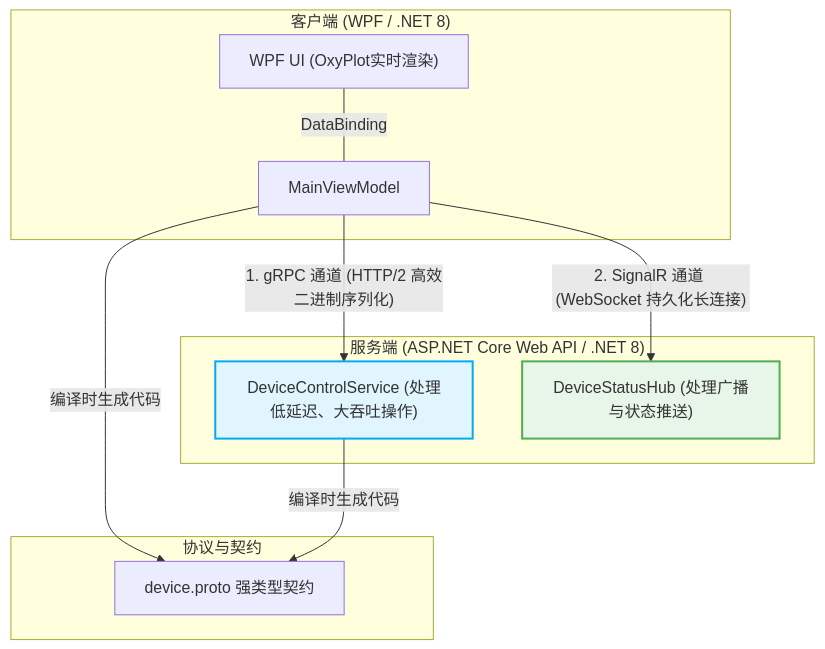
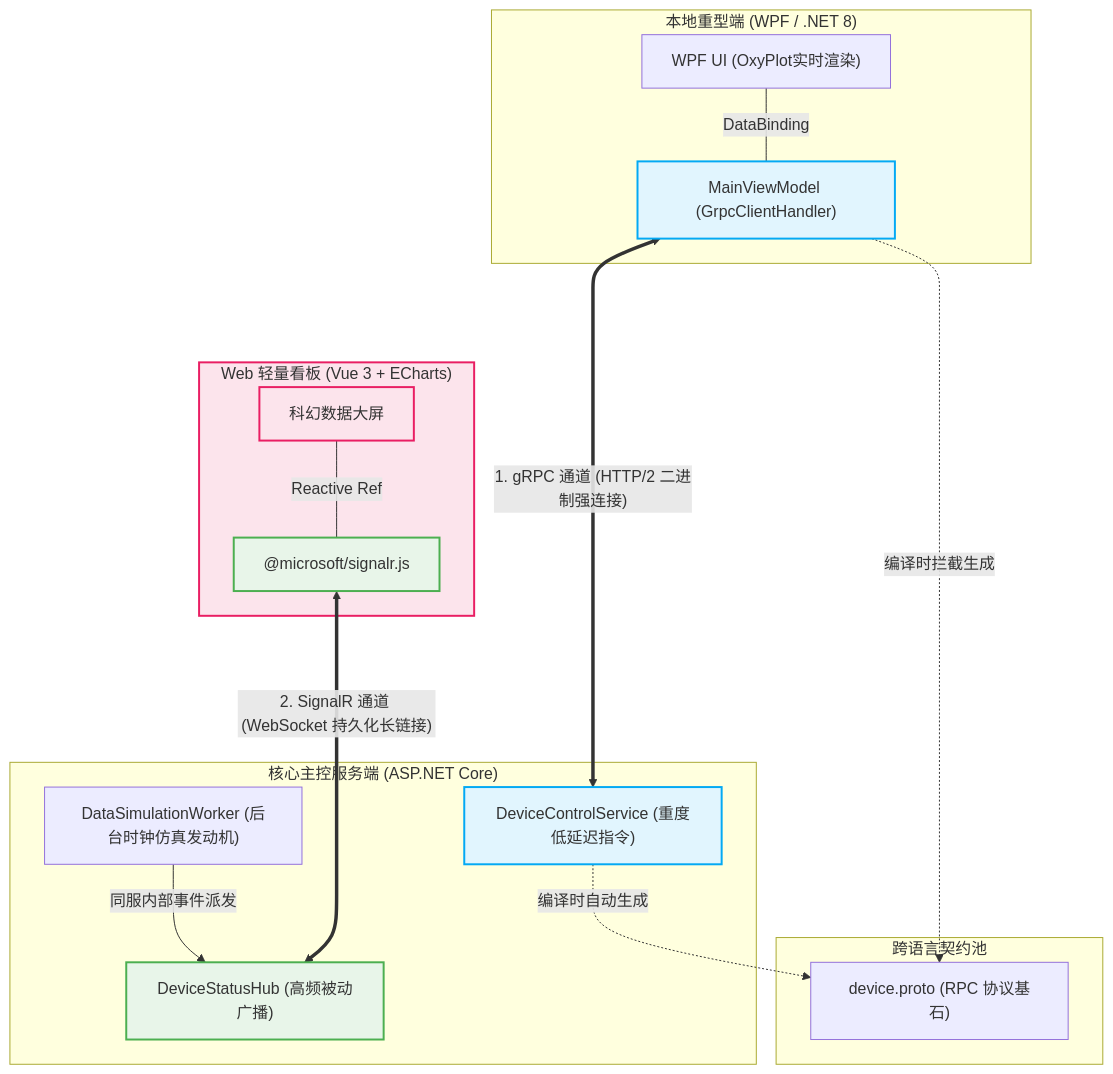
Before and after one commit to MLing592/ML.FBS: the first of 6 diagrams in README.md, drawn with Mermaid. The commit also changed other lines of this file, not shown here.

````diff
--- a/README.md
+++ b/README.md
@@ -16,30 +63,40 @@
 ```mermaid
 graph TD
-    subgraph Client ["客户端 (WPF / .NET 8)"]
-        UI["WPF UI (OxyPlot实时渲染)"]
-        VM["MainViewModel"]
-        UI -- "DataBinding" --- VM
+    subgraph ClientWPF ["本地重型端 (WPF / .NET 8)"]
+        UI_WPF["WPF UI (OxyPlot实时渲染)"]
+        VM["MainViewModel (GrpcClientHandler)"]
+        UI_WPF -- "DataBinding" --- VM
     end
 
-    subgraph Contract ["协议与契约"]
-        Proto["device.proto 强类型契约"]
+    subgraph ClientVue ["Web 轻量看板 (Vue 3 + ECharts)"]
+        UI_Vue["科幻数据大屏"]
+        SignalR_JS["@microsoft/signalr.js"]
+        UI_Vue -- "Reactive Ref" --- SignalR_JS
     end
 
-    subgraph Server ["服务端 (ASP.NET Core Web API / .NET 8)"]
-        GrpcService["DeviceControlService (处理低延迟、大吞吐操作)"]
-        SignalRHub["DeviceStatusHub (处理广播与状态推送)"]
+    subgraph Contract ["跨语言契约池"]
+        Proto["device.proto (RPC 协议基石)"]
     end
 
-    VM -->|"编译时生成代码"| Proto
-    GrpcService -->|"编译时生成代码"| Proto
+    subgraph Server ["核心主控服务端 (ASP.NET Core)"]
+        GrpcService["DeviceControlService (重度低延迟指令)"]
+        SignalRHub["DeviceStatusHub (高频被动广播)"]
+        Worker["DataSimulationWorker (后台时钟仿真发动机)"]
+        Worker -->|"同服内部事件派发"| SignalRHub
+    end
 
-    VM -->|"1. gRPC 通道 (HTTP/2 高效二进制序列化)"| GrpcService
-    VM -->|"2. SignalR 通道 (WebSocket 持久化长连接)"| SignalRHub
+    VM -.->|"编译时拦截生成"| Proto
+    GrpcService -.->|"编译时自动生成"| Proto
+
+    VM <======>|"1. gRPC 通道 (HTTP/2 二进制强连接)"| GrpcService
+    SignalR_JS <====>|"2. SignalR 通道 (WebSocket 持久化长链接)"| SignalRHub
     
-    %% 连接说明
+    %% 连接说明样式
     classDef grpc fill:#e1f5fe,stroke:#03a9f4,stroke-width:2px;
     classDef signalr fill:#e8f5e9,stroke:#4caf50,stroke-width:2px;
+    classDef vue fill:#fce4ec,stroke:#e91e63,stroke-width:2px;
     
-    class GrpcService grpc;
-    class SignalRHub signalr;
+    class GrpcService,VM grpc;
+    class SignalRHub,SignalR_JS signalr;
+    class ClientVue,UI_Vue vue;
 ```
````
